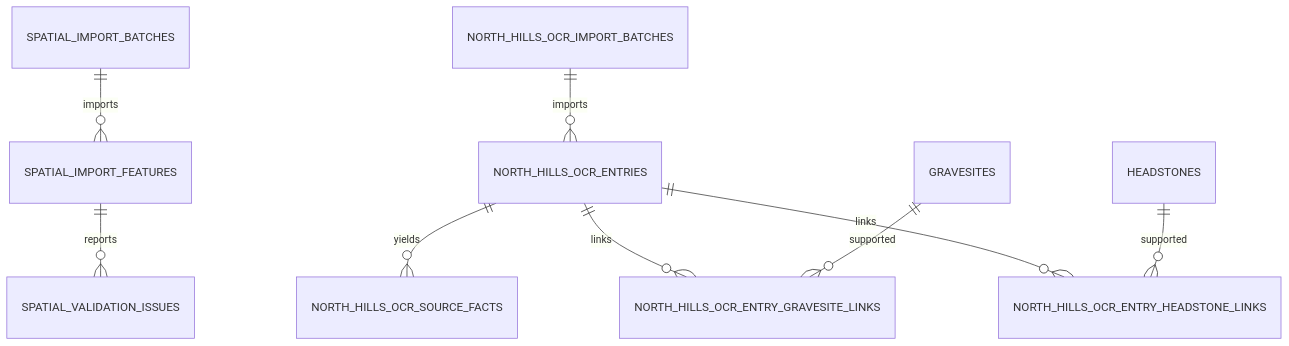
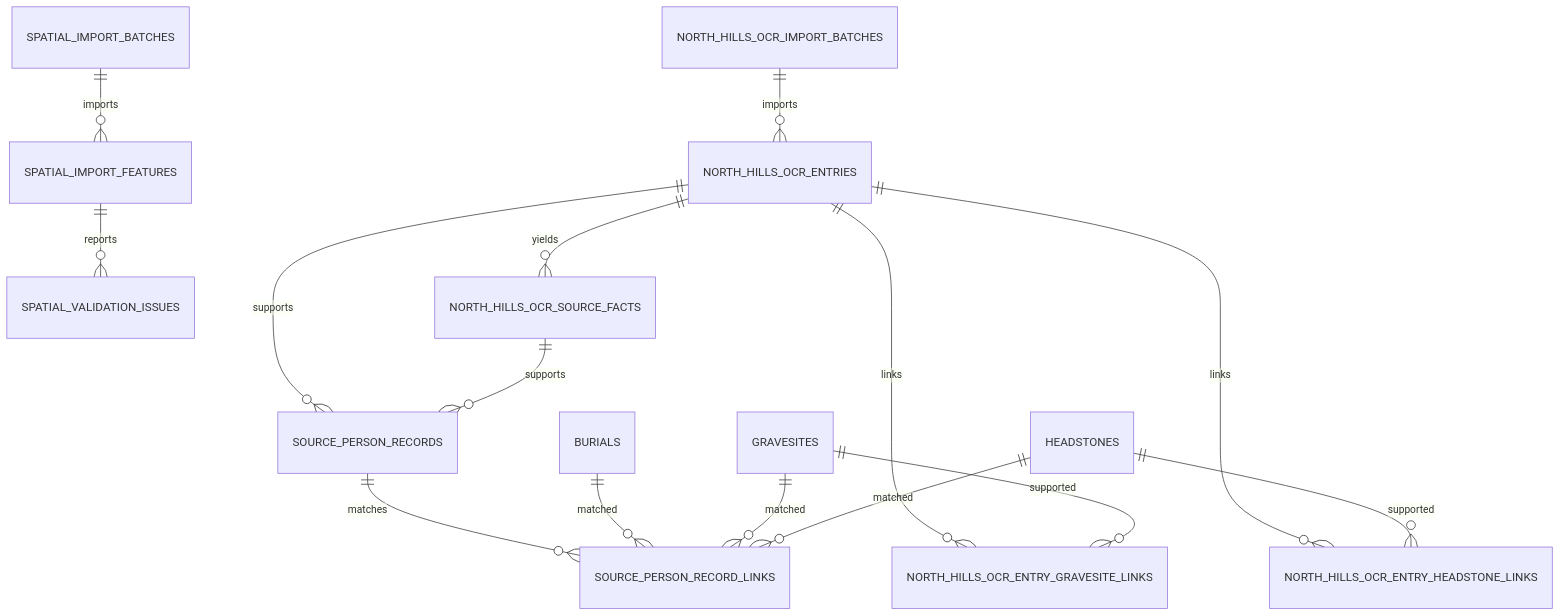
Before and after one commit to scpeterson/CemeteryMapping: the ninth of 10 diagrams in docs/data-model.md, drawn with Mermaid. The commit also changed other lines of this file and 7 other files, not shown here.

Commit message:
Add source-only person record model (#252)

````diff
--- a/docs/data-model.md
+++ b/docs/data-model.md
@@ -205,11 +205,17 @@
 ```mermaid
 erDiagram
   SPATIAL_IMPORT_BATCHES ||--o{ SPATIAL_IMPORT_FEATURES : imports
   SPATIAL_IMPORT_FEATURES ||--o{ SPATIAL_VALIDATION_ISSUES : reports
   NORTH_HILLS_OCR_IMPORT_BATCHES ||--o{ NORTH_HILLS_OCR_ENTRIES : imports
   NORTH_HILLS_OCR_ENTRIES ||--o{ NORTH_HILLS_OCR_SOURCE_FACTS : yields
+  NORTH_HILLS_OCR_ENTRIES ||--o{ SOURCE_PERSON_RECORDS : supports
+  NORTH_HILLS_OCR_SOURCE_FACTS ||--o{ SOURCE_PERSON_RECORDS : supports
+  SOURCE_PERSON_RECORDS ||--o{ SOURCE_PERSON_RECORD_LINKS : matches
   NORTH_HILLS_OCR_ENTRIES ||--o{ NORTH_HILLS_OCR_ENTRY_GRAVESITE_LINKS : links
   NORTH_HILLS_OCR_ENTRIES ||--o{ NORTH_HILLS_OCR_ENTRY_HEADSTONE_LINKS : links
+  BURIALS ||--o{ SOURCE_PERSON_RECORD_LINKS : matched
   GRAVESITES ||--o{ NORTH_HILLS_OCR_ENTRY_GRAVESITE_LINKS : supported
+  GRAVESITES ||--o{ SOURCE_PERSON_RECORD_LINKS : matched
   HEADSTONES ||--o{ NORTH_HILLS_OCR_ENTRY_HEADSTONE_LINKS : supported
+  HEADSTONES ||--o{ SOURCE_PERSON_RECORD_LINKS : matched
 ```
````
